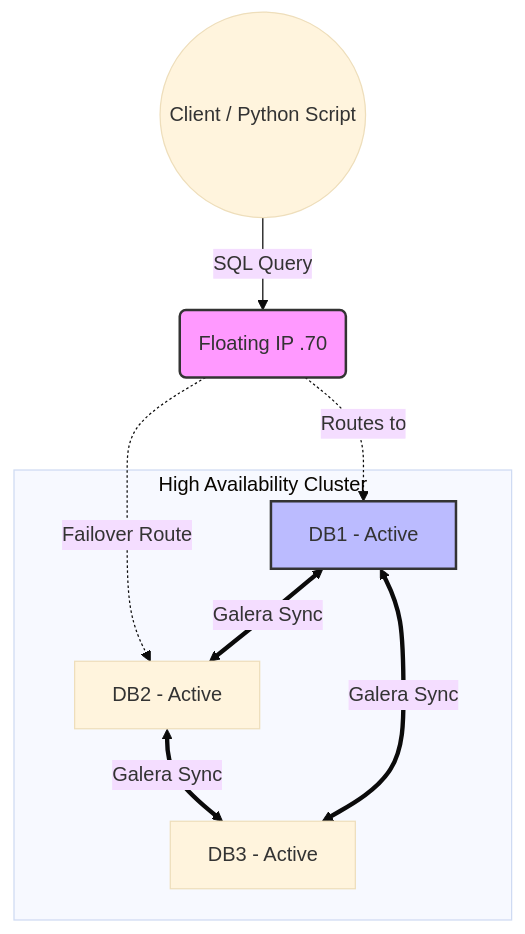
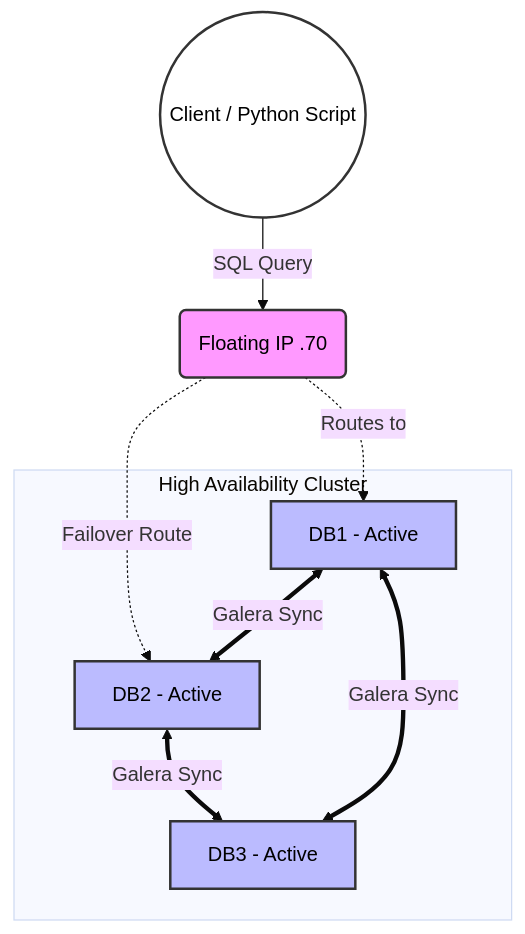
The diagram in README.md (Alaeddin-B/ha-distributed-database-cluster), drawn with Mermaid (base theme) before and after one commit.

Commit message:
Enhance diagram styling in README for better visibility

````diff
--- a/README.md
+++ b/README.md
@@ -11,23 +11,30 @@
 ```mermaid
 graph TD
     User((Client / Python Script))
     VIP(Floating IP .70)
     
     subgraph "High Availability Cluster"
         db1[DB1 - Active]
         db2[DB2 - Active]
         db3[DB3 - Active]
     end
 
     User -->|SQL Query| VIP
     VIP -.->|Routes to| db1
     VIP -.->|Failover Route| db2
     
     %% Galera Sync Replication
     db1 <==>|Galera Sync| db2
     db2 <==>|Galera Sync| db3
     db3 <==>|Galera Sync| db1
 
-    style VIP fill:#f9f,stroke:#333,stroke-width:2px
-    style db1 fill:#bbf,stroke:#333,stroke-width:2px
+%% High Contrast Styling
+    classDef blue fill:#bbf,stroke:#333,stroke-width:2px,color:#000
+    classDef pink fill:#f9f,stroke:#333,stroke-width:2px,color:#000
+    classDef white fill:#fff,stroke:#333,stroke-width:2px,color:#000
+
+    %% Apply Styles
+    class db1,db2,db3 blue
+    class VIP pink
+    class User white
 ```
````
